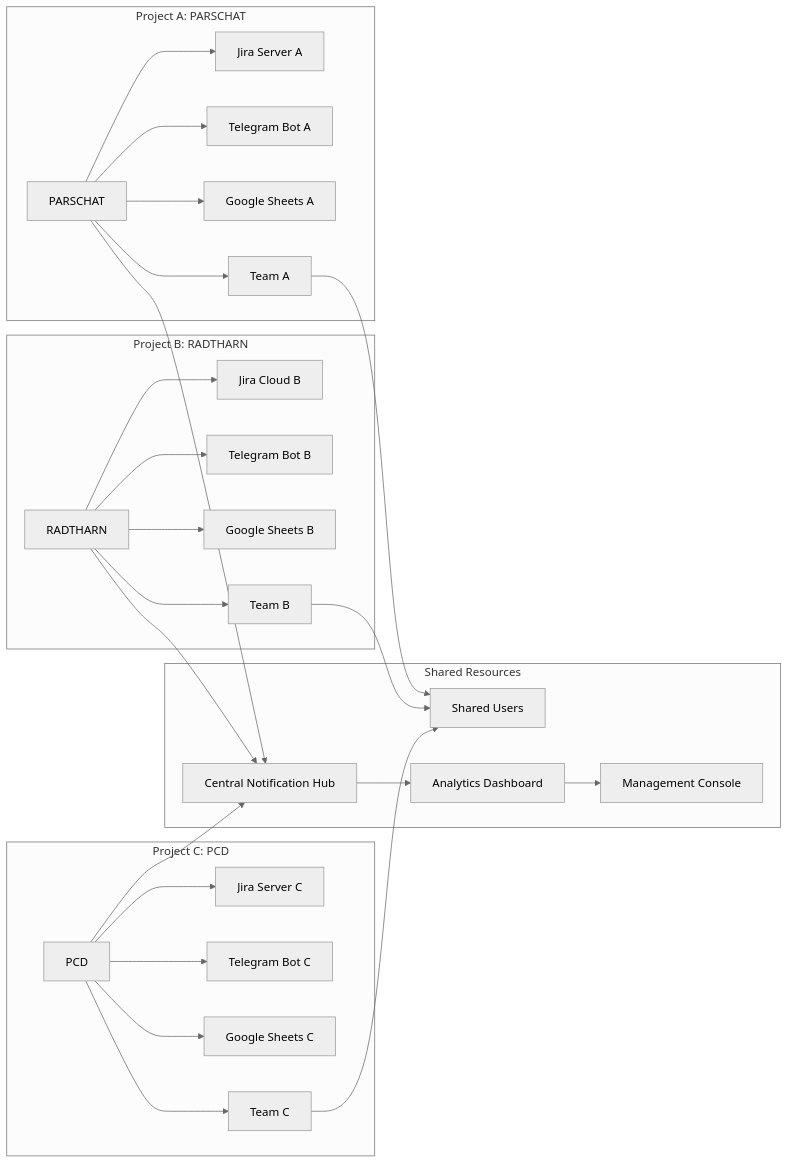
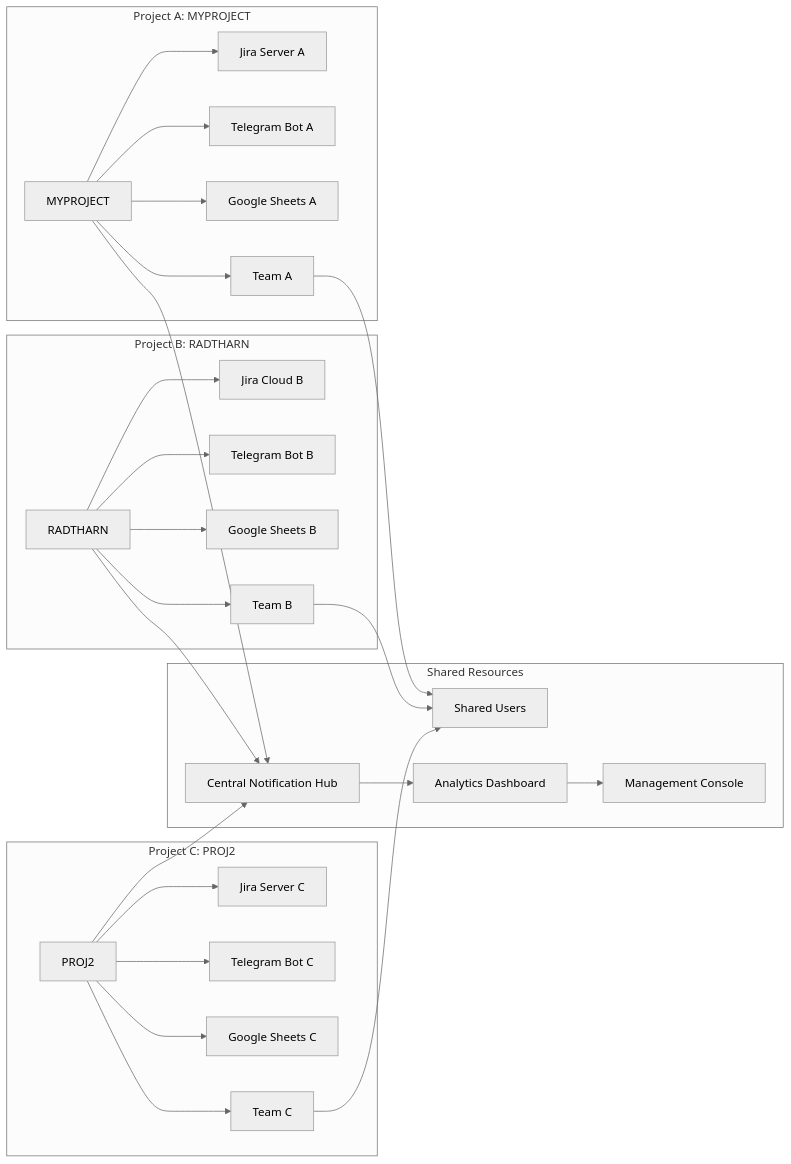
Before and after one commit to alikaz3mi/jira-telegram-bot: the fifth of 9 diagrams in docs/infrastructure/mongodb/mongodb-database-ecosystem.md, drawn with Mermaid (neutral theme). The commit also changed other lines of this file and 80 other files, not shown here.

````diff
--- a/docs/infrastructure/mongodb/mongodb-database-ecosystem.md
+++ b/docs/infrastructure/mongodb/mongodb-database-ecosystem.md
@@ -296,59 +296,59 @@
 ```mermaid
 graph LR
-    subgraph "Project A: PARSCHAT"
-        PA[PARSCHAT]
+    subgraph "Project A: MYPROJECT"
+        PA[MYPROJECT]
         JA[Jira Server A]
         TA[Telegram Bot A]
         GA[Google Sheets A]
         TeA[Team A]
     end
 
     subgraph "Project B: RADTHARN"
         PB[RADTHARN]
         JB[Jira Cloud B]
         TB[Telegram Bot B]
         GB[Google Sheets B]
         TeB[Team B]
     end
 
-    subgraph "Project C: PCD"
-        PC[PCD]
+    subgraph "Project C: PROJ2"
+        PC[PROJ2]
         JC[Jira Server C]
         TC[Telegram Bot C]
         GC[Google Sheets C]
         TeC[Team C]
     end
 
     subgraph "Shared Resources"
         SR[Shared Users]
         SC[Central Notification Hub]
         SA[Analytics Dashboard]
         SM[Management Console]
     end
 
     PA --> JA
     PA --> TA
     PA --> GA
     PA --> TeA
 
     PB --> JB
     PB --> TB
     PB --> GB
     PB --> TeB
 
     PC --> JC
     PC --> TC
     PC --> GC
     PC --> TeC
 
     TeA --> SR
     TeB --> SR
     TeC --> SR
 
     PA --> SC
     PB --> SC
     PC --> SC
 
     SC --> SA
     SA --> SM
 ```
````
